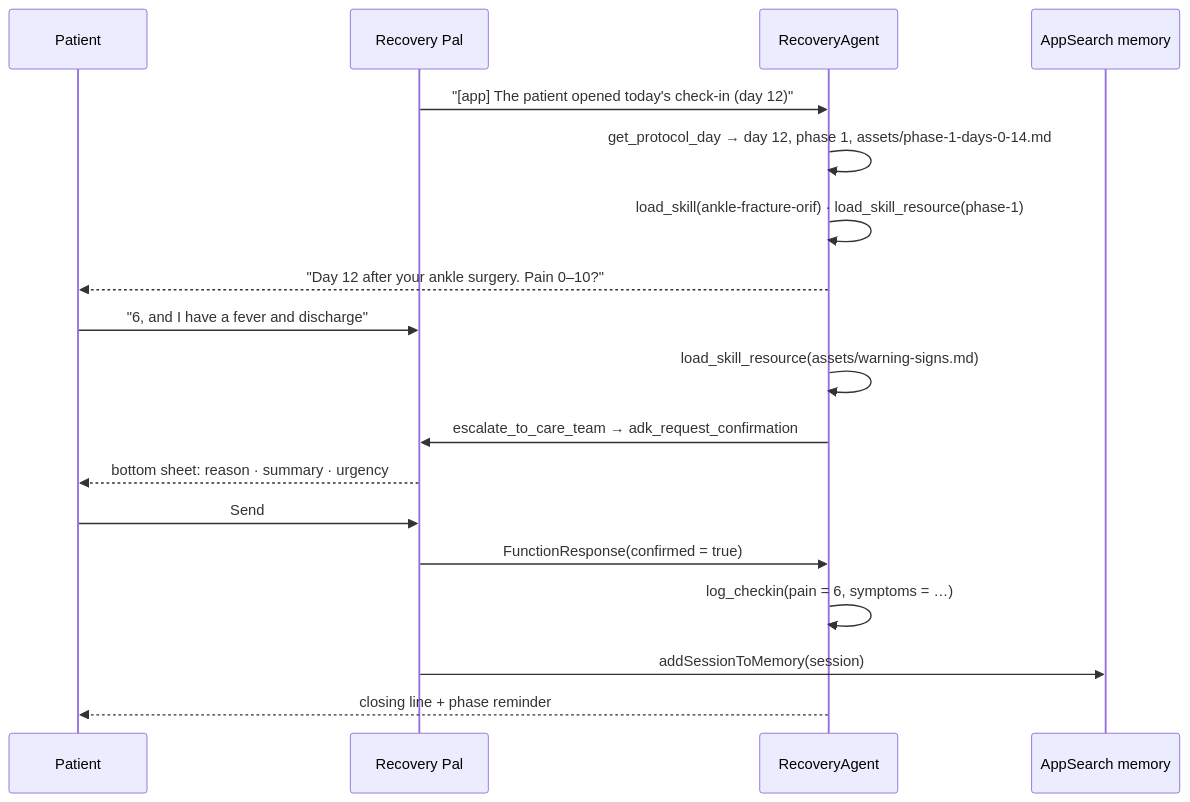
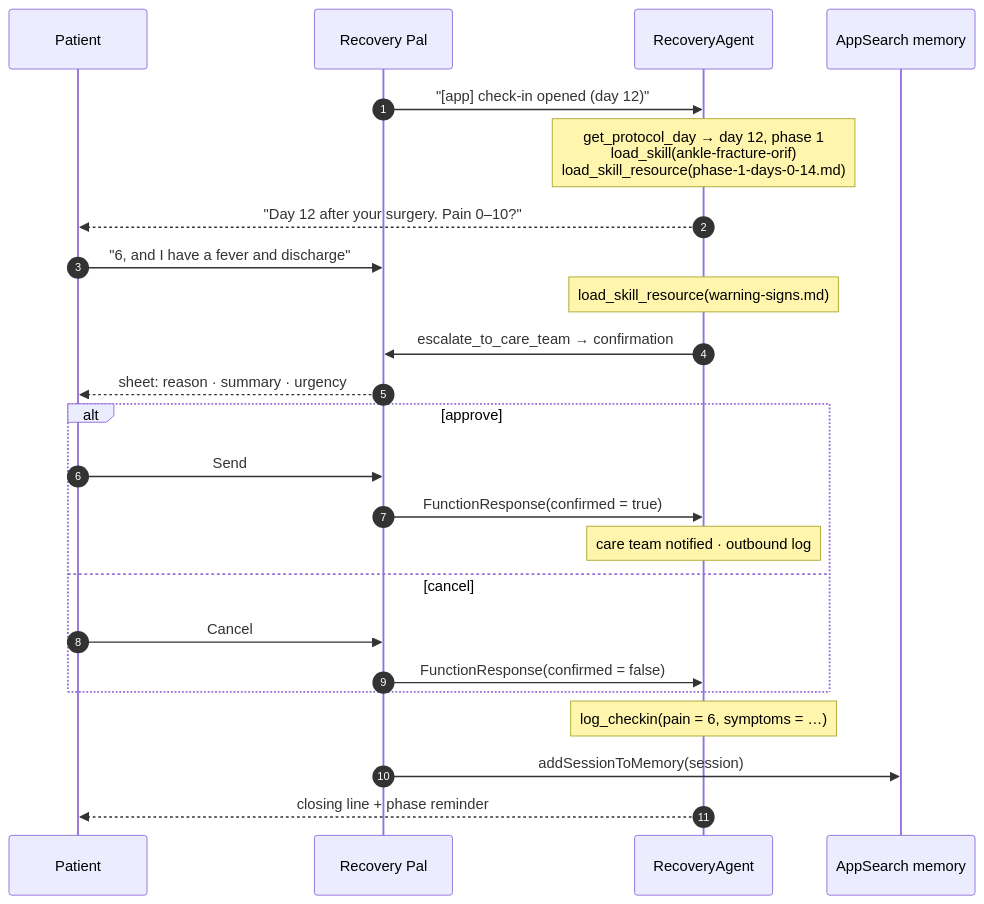
The second of 2 diagrams in README.md (ykro/recovery-pal-demo), drawn with Mermaid before and after one commit. The commit also changed other lines of this file, not shown here.

First line of the commit message:
Redesign README Mermaid diagrams for readability on GitHub

````diff
--- a/README.md
+++ b/README.md
@@ -76,20 +79,26 @@
 ```mermaid
 sequenceDiagram
+  autonumber
   participant P as Patient
   participant App as Recovery Pal
   participant A as RecoveryAgent
   participant M as AppSearch memory
-  App->>A: "[app] The patient opened today's check-in (day 12)"
-  A->>A: get_protocol_day → day 12, phase 1, assets/phase-1-days-0-14.md
-  A->>A: load_skill(ankle-fracture-orif) · load_skill_resource(phase-1)
-  A-->>P: "Day 12 after your ankle surgery. Pain 0–10?"
+  App->>A: "[app] check-in opened (day 12)"
+  Note over A: get_protocol_day → day 12, phase 1<br/>load_skill(ankle-fracture-orif)<br/>load_skill_resource(phase-1-days-0-14.md)
+  A-->>P: "Day 12 after your surgery. Pain 0–10?"
   P->>App: "6, and I have a fever and discharge"
-  A->>A: load_skill_resource(assets/warning-signs.md)
-  A->>App: escalate_to_care_team → adk_request_confirmation
-  App-->>P: bottom sheet: reason · summary · urgency
-  P->>App: Send
-  App->>A: FunctionResponse(confirmed = true)
-  A->>A: log_checkin(pain = 6, symptoms = …)
+  Note over A: load_skill_resource(warning-signs.md)
+  A->>App: escalate_to_care_team → confirmation
+  App-->>P: sheet: reason · summary · urgency
+  alt approve
+    P->>App: Send
+    App->>A: FunctionResponse(confirmed = true)
+    Note over A: care team notified · outbound log
+  else cancel
+    P->>App: Cancel
+    App->>A: FunctionResponse(confirmed = false)
+  end
+  Note over A: log_checkin(pain = 6, symptoms = …)
   App->>M: addSessionToMemory(session)
   A-->>P: closing line + phase reminder
 ```
````
